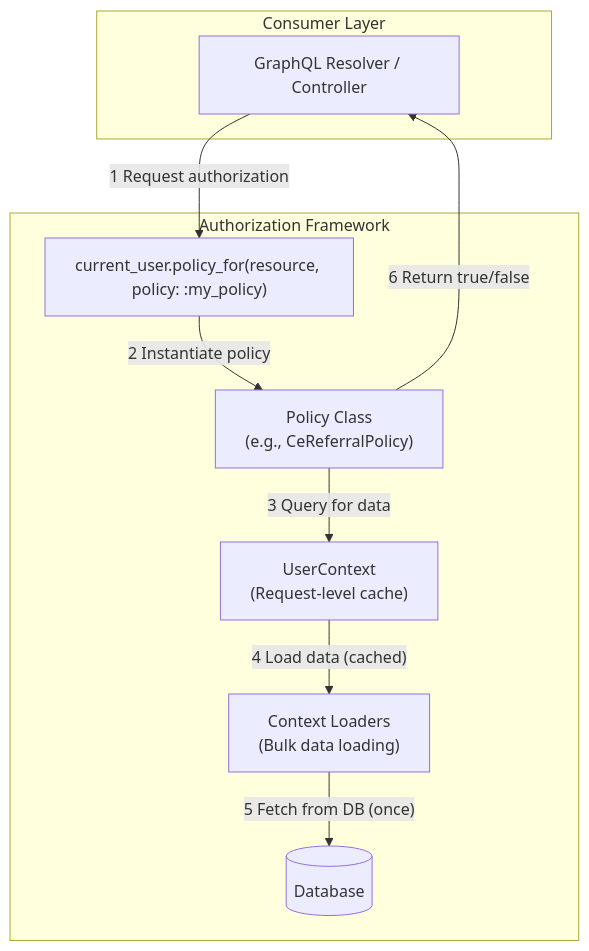
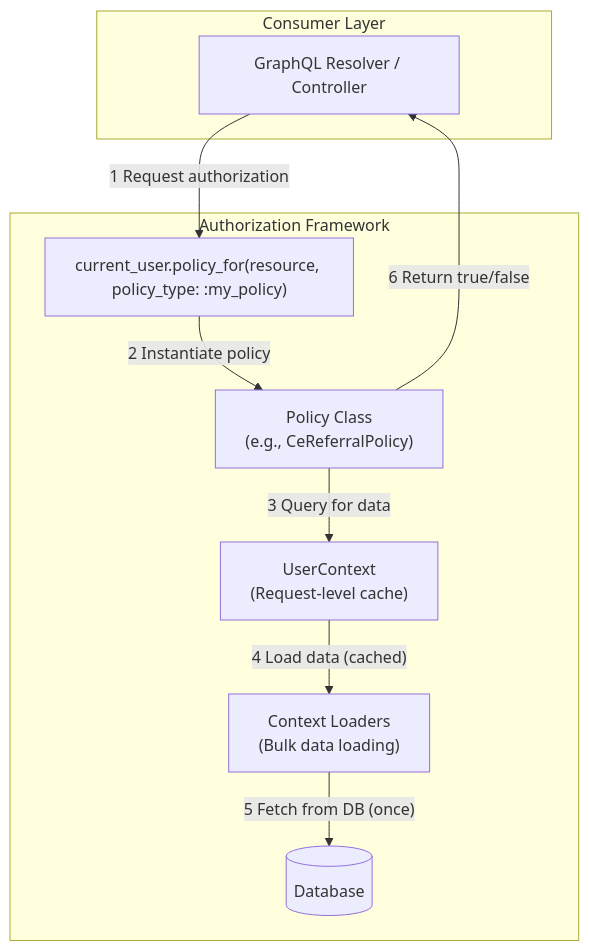
One commit to greenriver/hmis-warehouse changed the diagram in drivers/hmis/app/models/hmis/auth_policies/README.md. Above: the diagram before and after it, drawn with Mermaid. The commit also changed other lines of this file and 17 other files, not shown here.

````diff
--- a/drivers/hmis/app/models/hmis/auth_policies/README.md
+++ b/drivers/hmis/app/models/hmis/auth_policies/README.md
@@ -54,21 +54,21 @@
 ```mermaid
 graph TD;
     subgraph Consumer Layer
         A[GraphQL Resolver / Controller]
     end
 
     subgraph Authorization Framework
-        B["current_user.policy_for(resource, policy: :my_policy)"]
+        B["current_user.policy_for(resource, policy_type: :my_policy)"]
         C["Policy Class<br>(e.g., CeReferralPolicy)"]
         D["UserContext<br>(Request-level cache)"]
         E["Context Loaders<br>(Bulk data loading)"]
         F[(Database)]
     end
 
     A -->|"1 Request authorization"| B;
     B -->|"2 Instantiate policy"| C;
     C -->|"3 Query for data"| D;
     D -->|"4 Load data (cached)"| E;
     E -->|"5 Fetch from DB (once)"| F;
     C -->|"6 Return true/false"| A;
 ```
````
